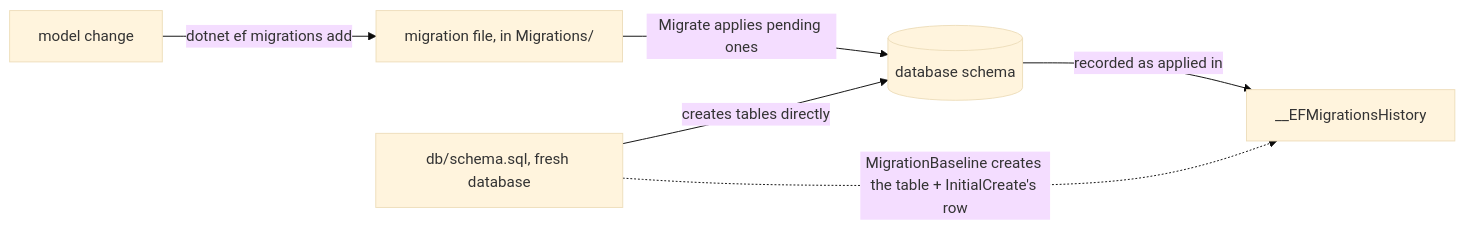
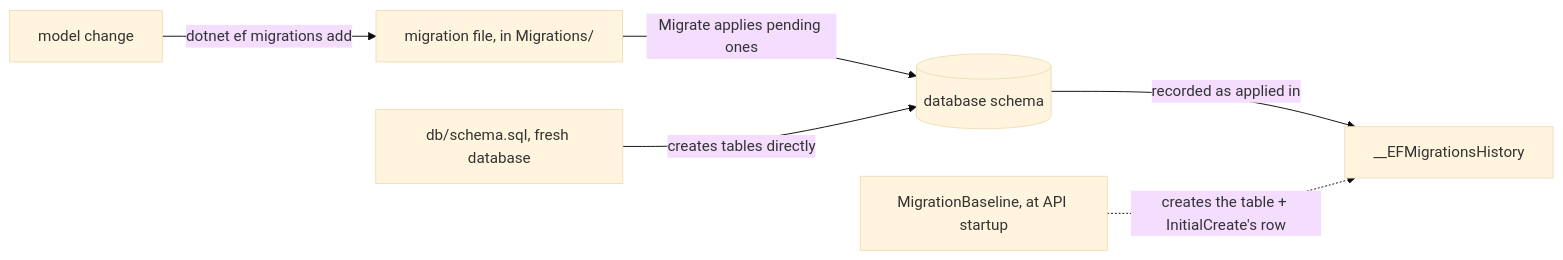
The diagram in content/tracks/backend/orm-efcore/backend.l1.migrations.en.md (duyan11110/lo-trinh-architect), drawn with Mermaid (base theme) before and after one commit. The commit also changed other lines of this file and 3 other files, not shown here.

````diff
--- a/content/tracks/backend/orm-efcore/backend.l1.migrations.en.md
+++ b/content/tracks/backend/orm-efcore/backend.l1.migrations.en.md
@@ -39,8 +39,8 @@
 ```mermaid
 flowchart LR
   A[model change] -->|dotnet ef migrations add| B[migration file, in Migrations/]
   B -->|Migrate applies pending ones| C[(database schema)]
   C -->|recorded as applied in| D[__EFMigrationsHistory]
   E[db/schema.sql, fresh database] -->|creates tables directly| C
-  E -.->|MigrationBaseline creates the table + InitialCreate's row| D
+  F[MigrationBaseline, at API startup] -.->|creates the table + InitialCreate's row| D
 ```
````
